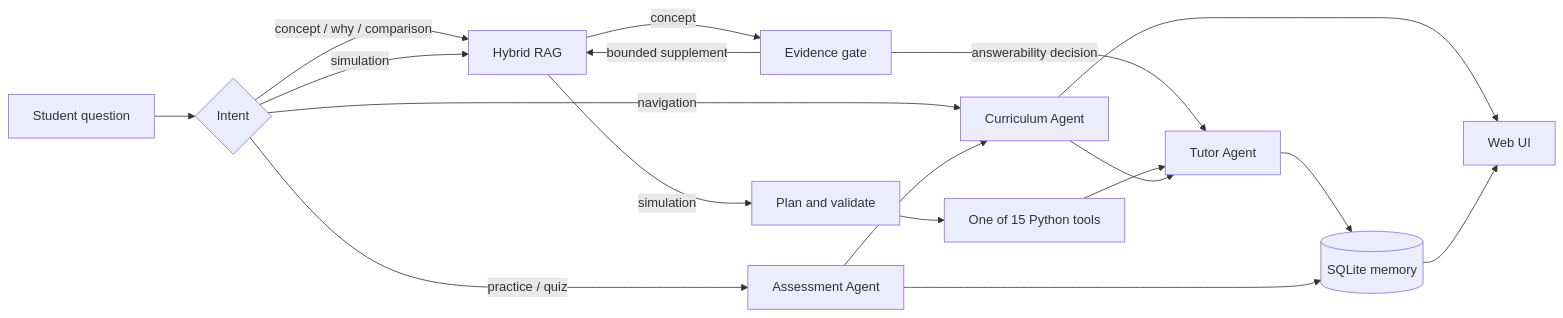
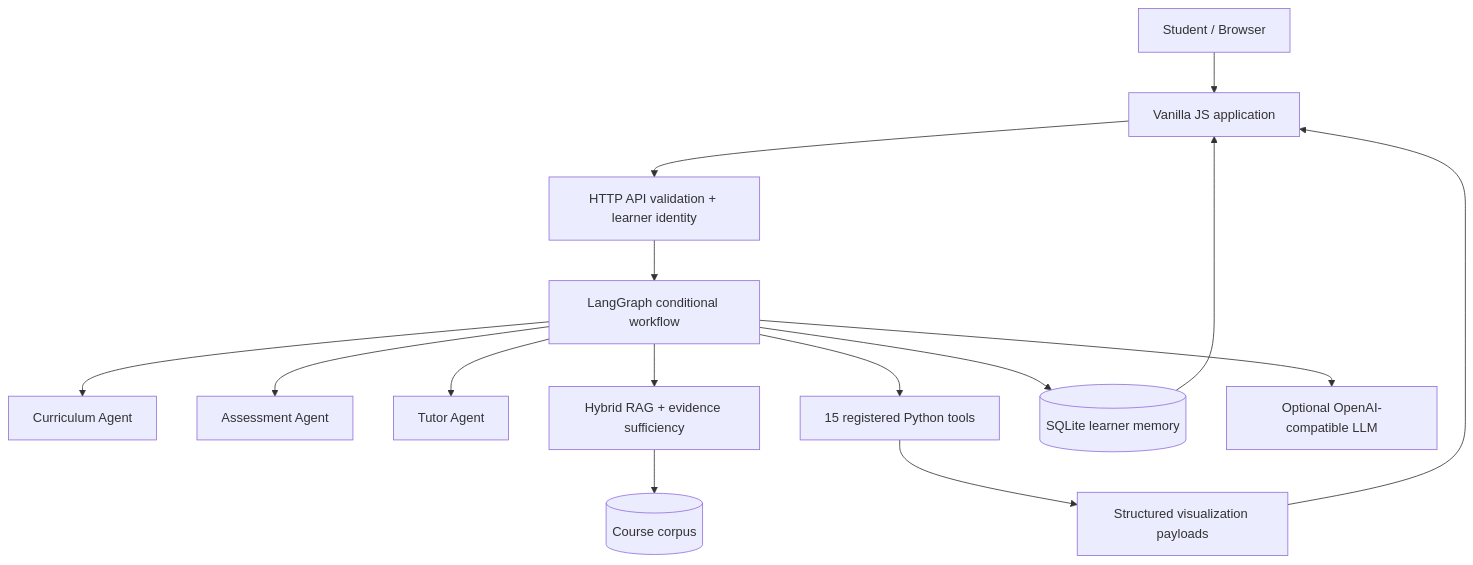
The first of 3 diagrams in docs/ARCHITECTURE.md (JW35711/ai-tutor-for-stochastic-processes), drawn with Mermaid before and after one commit. The commit also changed other lines of this file and 6 other files, not shown here.

Commit message:
docs: align portfolio narrative with actual architecture

````diff
--- a/docs/ARCHITECTURE.md
+++ b/docs/ARCHITECTURE.md
@@ -18,20 +29,17 @@
 ```mermaid
-flowchart LR
-    Q[Student question] --> I{Intent}
-    I -->|navigation| C[Curriculum Agent]
-    I -->|concept / why / comparison| R[Hybrid RAG]
-    I -->|simulation| R
-    R -->|concept| E[Evidence gate]
-    E -->|bounded supplement| R
-    E -->|answerability decision| A[Tutor Agent]
-    R -->|simulation| P[Plan and validate]
-    P --> T[One of 15 Python tools]
-    T --> A
-    I -->|practice / quiz| X[Assessment Agent]
-    X --> C
-    A --> M[(SQLite memory)]
-    X --> M
-    C --> A
-    C --> UI[Web UI]
-    M --> UI
+flowchart TD
+    STUDENT[Student / Browser] --> UI[Vanilla JS application]
+    UI --> API[HTTP API validation + learner identity]
+    API --> GRAPH[LangGraph conditional workflow]
+    GRAPH --> CURRICULUM[Curriculum Agent]
+    GRAPH --> ASSESSMENT[Assessment Agent]
+    GRAPH --> TUTOR[Tutor Agent]
+    GRAPH --> RAG[Hybrid RAG + evidence sufficiency]
+    GRAPH --> TOOLS[15 registered Python tools]
+    GRAPH --> MEMORY[(SQLite learner memory)]
+    GRAPH --> LLM[Optional OpenAI-compatible LLM]
+    RAG --> CORPUS[(Course corpus)]
+    TOOLS --> VIZ[Structured visualization payloads]
+    MEMORY --> UI
+    VIZ --> UI
 ```
````
